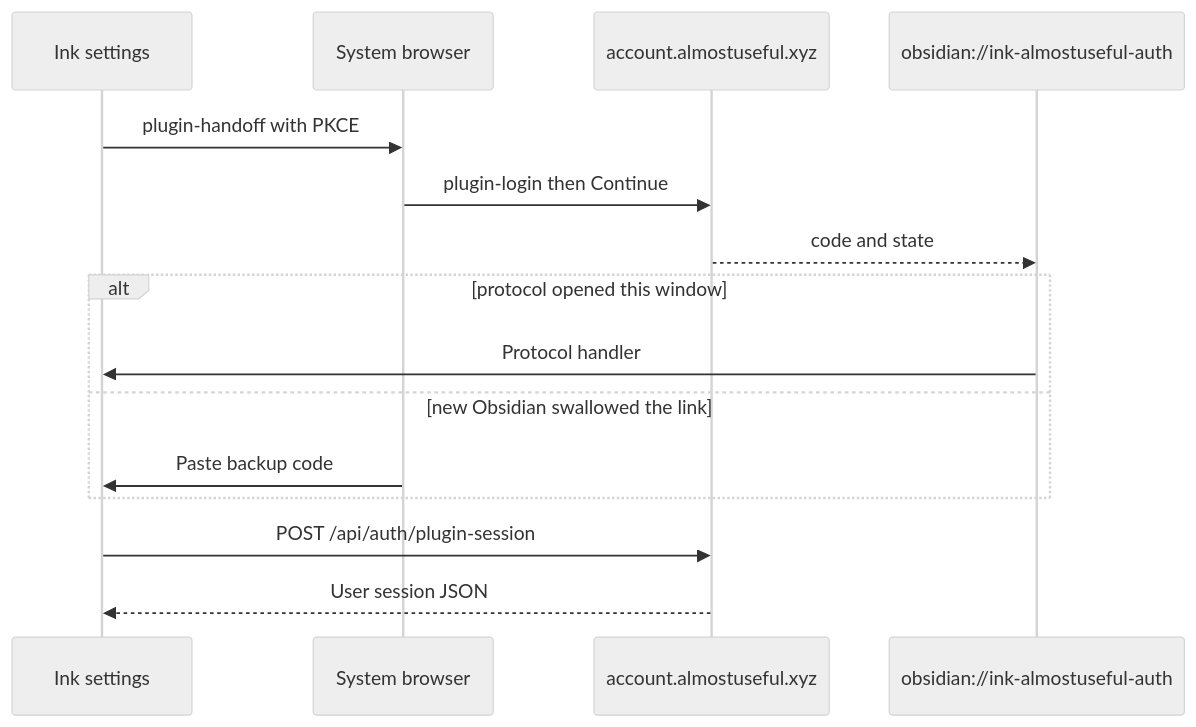
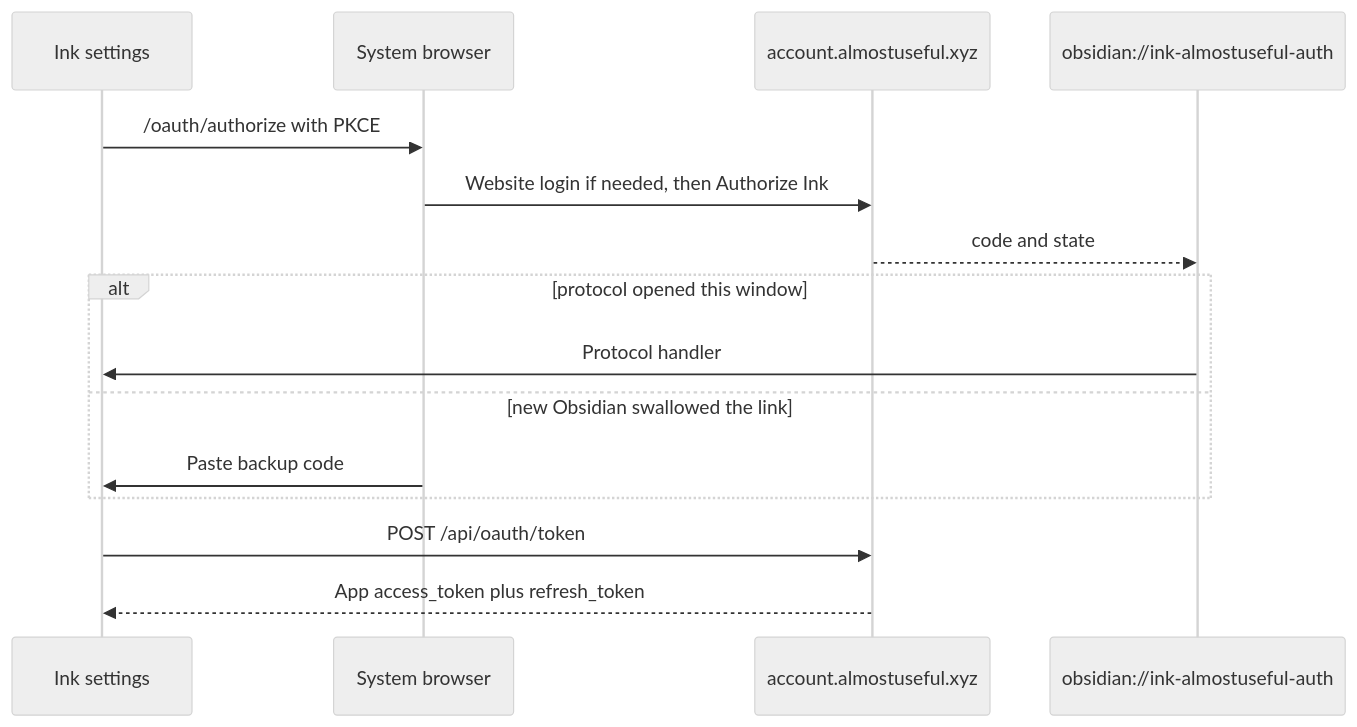
One commit to daledesilva/obsidian_ink changed the first of 2 diagrams in docs/almostuseful-account.md. Above: the diagram before and after it, drawn with Mermaid (neutral theme). The commit also changed other lines of this file and 11 other files, not shown here.

Commit message:
updated: Switched Ink login to portal authorize and stored app tokens locally so the public plugin no longer ships supabase-js or a user JWT.

````diff
--- a/docs/almostuseful-account.md
+++ b/docs/almostuseful-account.md
@@ -17,17 +17,17 @@
 ```mermaid
 sequenceDiagram
   participant Settings as Ink settings
   participant Browser as System browser
   participant Portal as account.almostuseful.xyz
   participant Obs as obsidian://ink-almostuseful-auth
-  Settings->>Browser: plugin-handoff with PKCE
-  Browser->>Portal: plugin-login then Continue
+  Settings->>Browser: /oauth/authorize with PKCE
+  Browser->>Portal: Website login if needed, then Authorize Ink
   Portal-->>Obs: code and state
   alt protocol opened this window
     Obs->>Settings: Protocol handler
   else new Obsidian swallowed the link
     Browser->>Settings: Paste backup code
   end
-  Settings->>Portal: POST /api/auth/plugin-session
-  Portal-->>Settings: User session JSON
+  Settings->>Portal: POST /api/oauth/token
+  Portal-->>Settings: App access_token plus refresh_token
 ```
````
